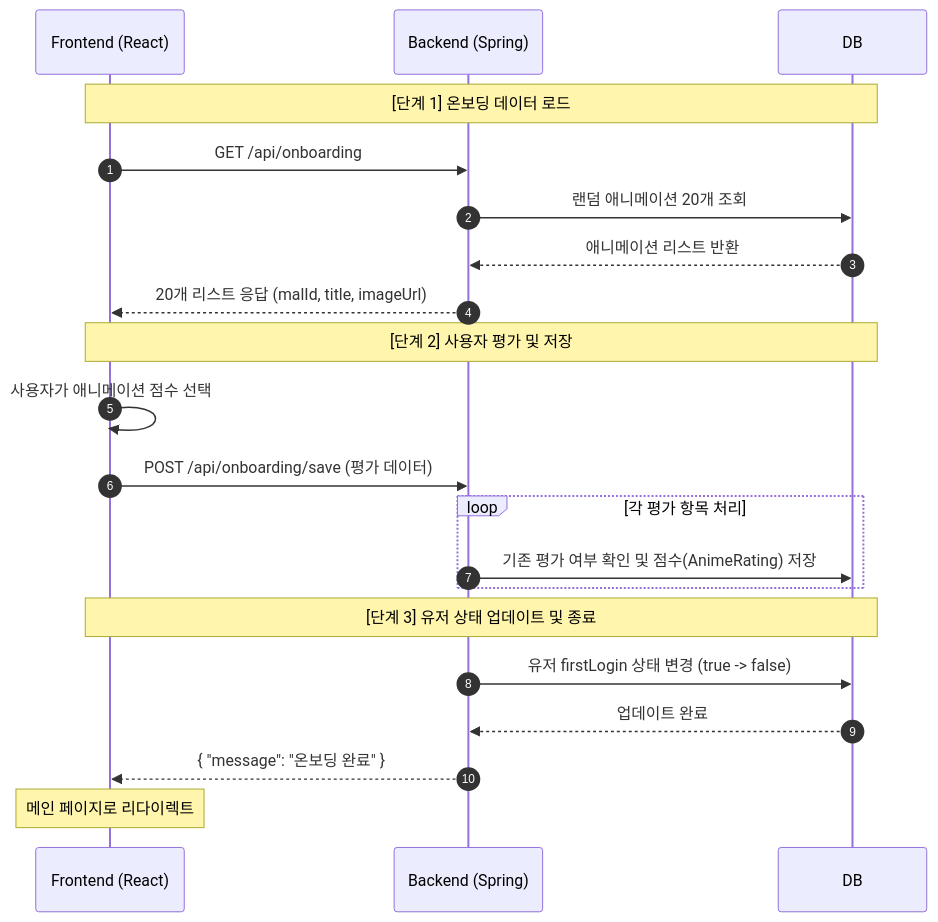
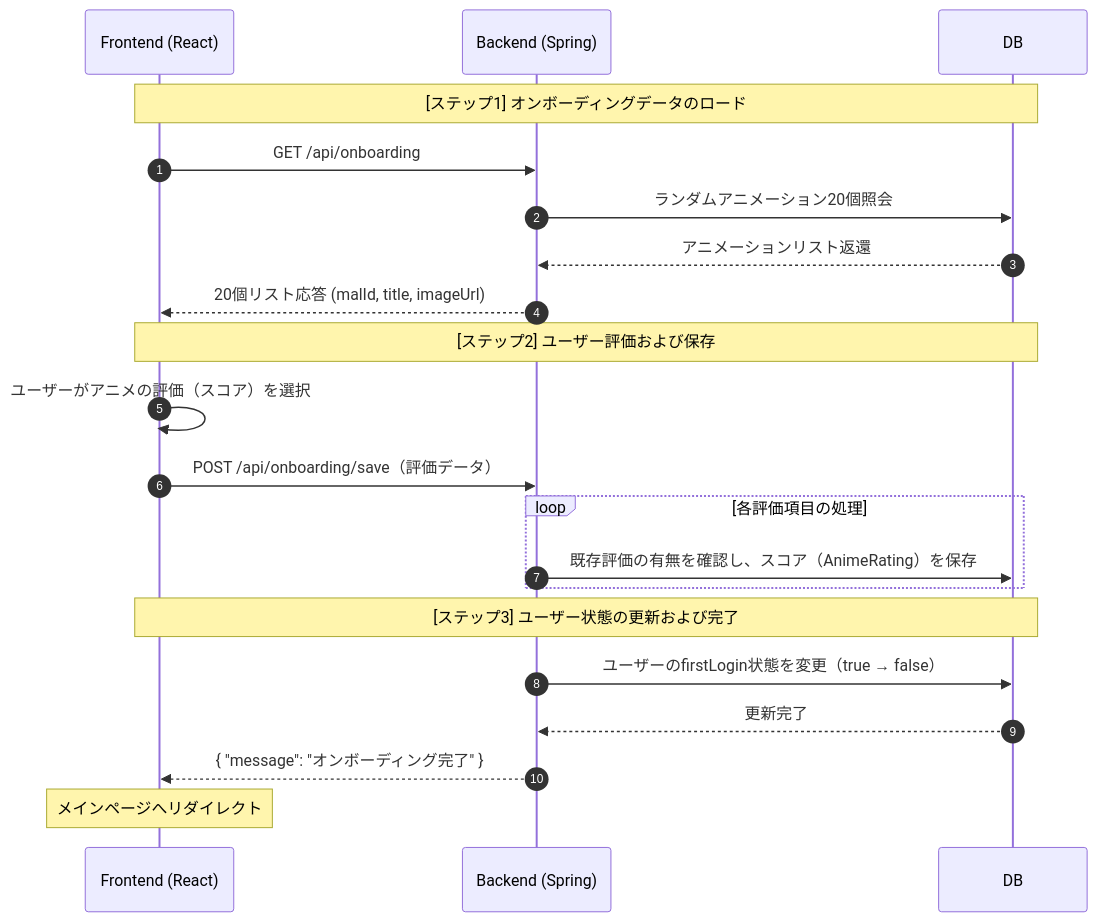
The fourth of 10 diagrams in README_img/SEQUENCE.md (You-HyunHo/ani-frontend), drawn with Mermaid before and after one commit. The commit also changed other lines of this file, not shown here.

````diff
--- a/README_img/SEQUENCE.md
+++ b/README_img/SEQUENCE.md
@@ -46,28 +46,28 @@
 ```mermaid
 sequenceDiagram
     autonumber
     participant FE as Frontend (React)
     participant BE as Backend (Spring)
     participant DB 
 
-    Note over FE, DB: [단계 1] 온보딩 데이터 로드
+    Note over FE, DB: [ステップ1] オンボーディングデータのロード
     FE->>BE: GET /api/onboarding
-    BE->>DB: 랜덤 애니메이션 20개 조회
-    DB-->>BE: 애니메이션 리스트 반환
-    BE-->>FE: 20개 리스트 응답 (malId, title, imageUrl)
+    BE->>DB: ランダムアニメーション20個照会
+    DB-->>BE: アニメーションリスト返還
+    BE-->>FE: 20個リスト応答 (malId, title, imageUrl)
 
-    Note over FE, DB: [단계 2] 사용자 평가 및 저장
-    FE->>FE: 사용자가 애니메이션 점수 선택
-    FE->>BE: POST /api/onboarding/save (평가 데이터)
+    Note over FE, DB: [ステップ2] ユーザー評価および保存
+    FE->>FE: ユーザーがアニメの評価（スコア）を選択
+    FE->>BE: POST /api/onboarding/save（評価データ）
     
-    loop 각 평가 항목 처리
-        BE->>DB: 기존 평가 여부 확인 및 점수(AnimeRating) 저장
+    loop 各評価項目の処理
+        BE->>DB: 既存評価の有無を確認し、スコア（AnimeRating）を保存
     end
 
-    Note over FE, DB: [단계 3] 유저 상태 업데이트 및 종료
-    BE->>DB: 유저 firstLogin 상태 변경 (true -> false)
-    DB-->>BE: 업데이트 완료
-    BE-->>FE: { "message": "온보딩 완료" }
+    Note over FE, DB: [ステップ3] ユーザー状態の更新および完了
+    BE->>DB: ユーザーのfirstLogin状態を変更（true → false）
+    DB-->>BE: 更新完了
+    BE-->>FE: { "message": "オンボーディング完了" }
     
-    Note over FE: 메인 페이지로 리다이렉트
+    Note over FE: メインページへリダイレクト
 ```
````
